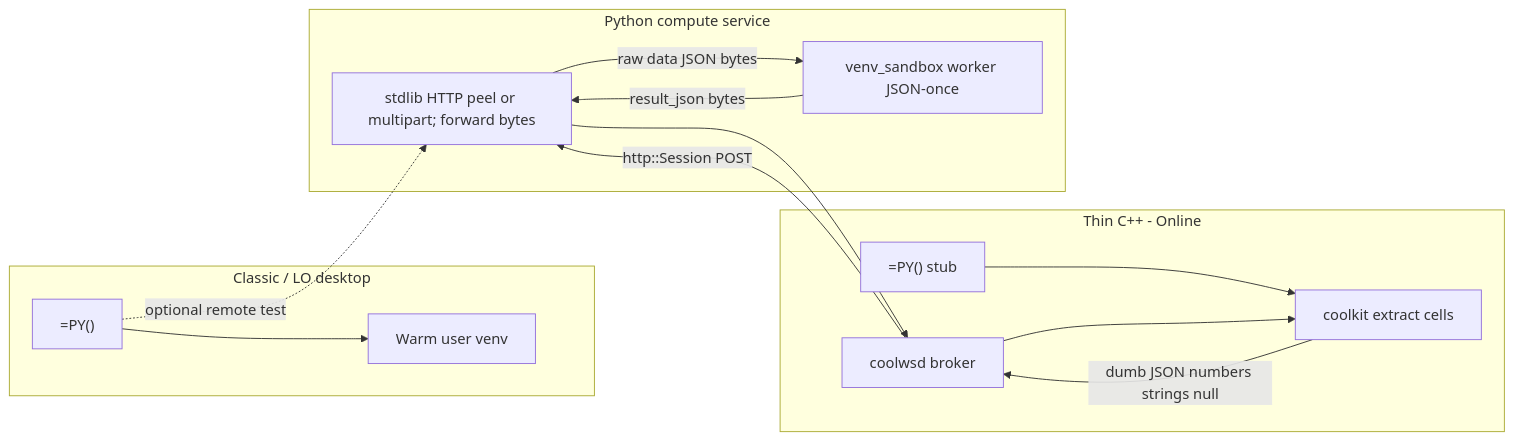
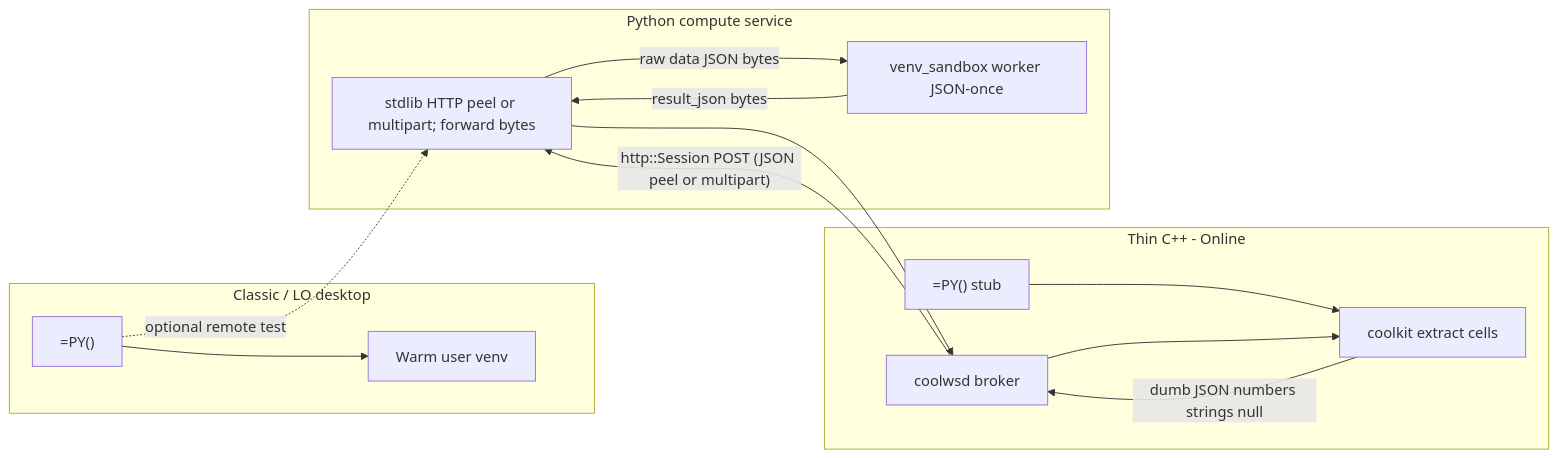
One commit to KeithCu/writeragent changed the diagram in docs/scripting/numpy-jailsafe.md. Above: the diagram before and after it, drawn with Mermaid. The commit also changed other lines of this file, not shown here.

````diff
--- a/docs/scripting/numpy-jailsafe.md
+++ b/docs/scripting/numpy-jailsafe.md
@@ -114,21 +114,21 @@
 ```mermaid
 flowchart LR
   subgraph classic [Classic / LO desktop]
     Calc1["=PY()"] --> LocalVenv["Warm user venv"]
   end
   subgraph cpp [Thin C++ - Online]
     PY["=PY() stub"]
     Kit[coolkit extract cells]
     Wsd[coolwsd broker]
   end
   subgraph py [Python compute service]
     Http[stdlib HTTP peel or multipart; forward bytes]
     Run[venv_sandbox worker JSON-once]
   end
   Calc1 -.->|optional remote test| Http
   PY --> Kit
   Kit -->|"dumb JSON numbers strings null"| Wsd
-  Wsd -->|"http::Session POST"| Http
+  Wsd -->|"http::Session POST (JSON peel or multipart)"| Http
   Http -->|"raw data JSON bytes"| Run
   Run -->|"result_json bytes"| Http --> Wsd --> Kit
 ```
````
